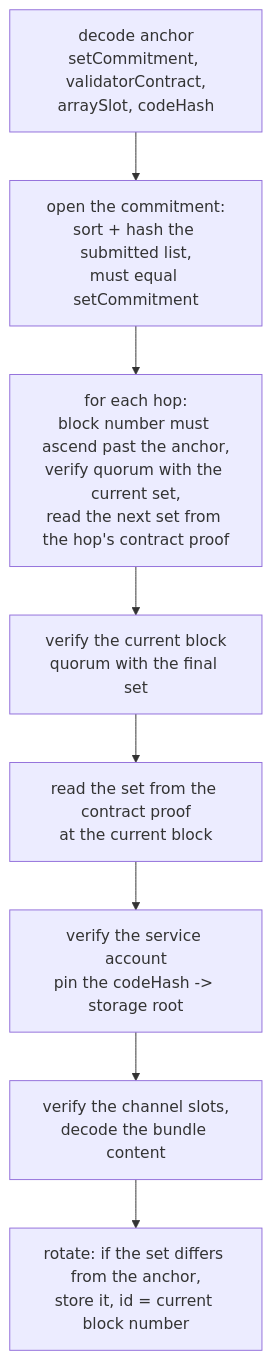
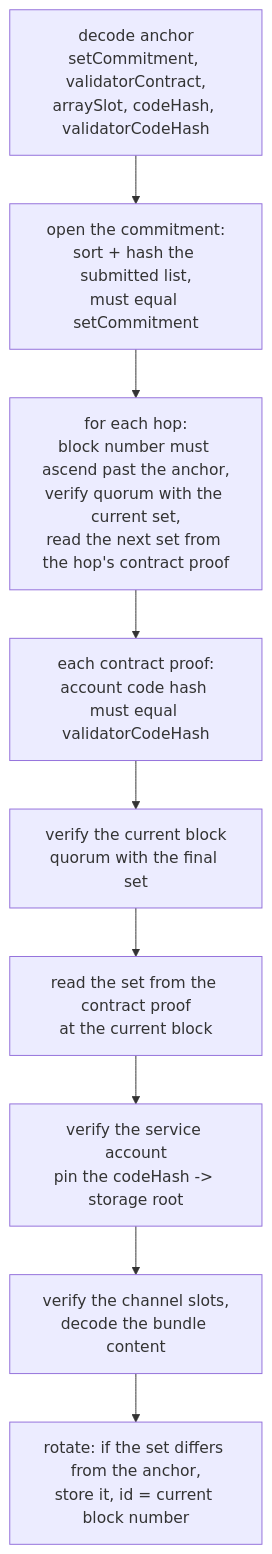
The eighth of 8 diagrams in src/verifiers/evm/qbft/qbft-contract-mode.md (LFDT-CLPR/clpr-smart-contracts), drawn with Mermaid before and after one commit. The commit also changed other lines of this file and 11 other files, not shown here.

First line of the commit message:
feat: qbft validators contracts code hash check

````diff
--- a/src/verifiers/evm/qbft/qbft-contract-mode.md
+++ b/src/verifiers/evm/qbft/qbft-contract-mode.md
@@ -243,10 +252,11 @@
 ```mermaid
 flowchart TB
-  A["decode anchor<br/>setCommitment, validatorContract,<br/>arraySlot, codeHash"] --> A2["open the commitment:<br/>sort + hash the submitted list,<br/>must equal setCommitment"]
+  A["decode anchor<br/>setCommitment, validatorContract,<br/>arraySlot, codeHash, validatorCodeHash"] --> A2["open the commitment:<br/>sort + hash the submitted list,<br/>must equal setCommitment"]
   A2 --> B["for each hop:<br/>block number must ascend past the anchor,<br/>verify quorum with the current set,<br/>read the next set from the hop's contract proof"]
-  B --> C["verify the current block<br/>quorum with the final set"]
+  B --> B2["each contract proof:<br/>account code hash must equal validatorCodeHash"]
+  B2 --> C["verify the current block<br/>quorum with the final set"]
   C --> D["read the set from the contract proof<br/>at the current block"]
   D --> E["verify the service account<br/>pin the codeHash -> storage root"]
   E --> F["verify the channel slots,<br/>decode the bundle content"]
   F --> G["rotate: if the set differs from the anchor,<br/>store it, id = current block number"]
 ```
````
